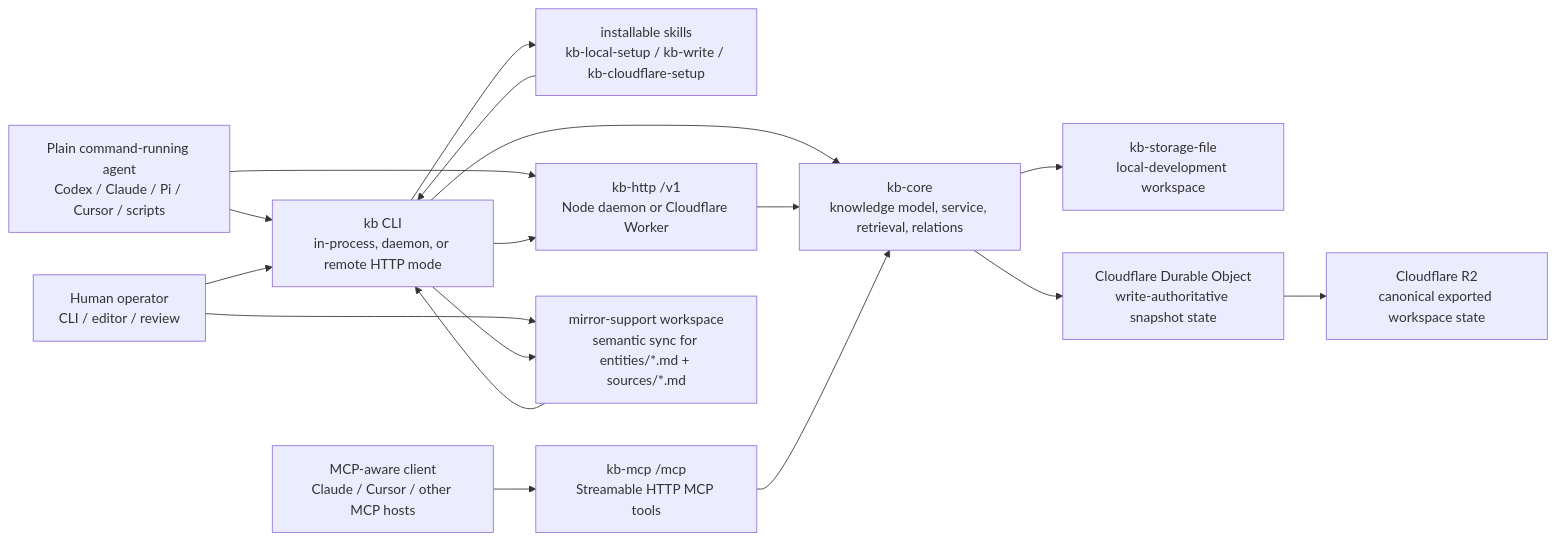
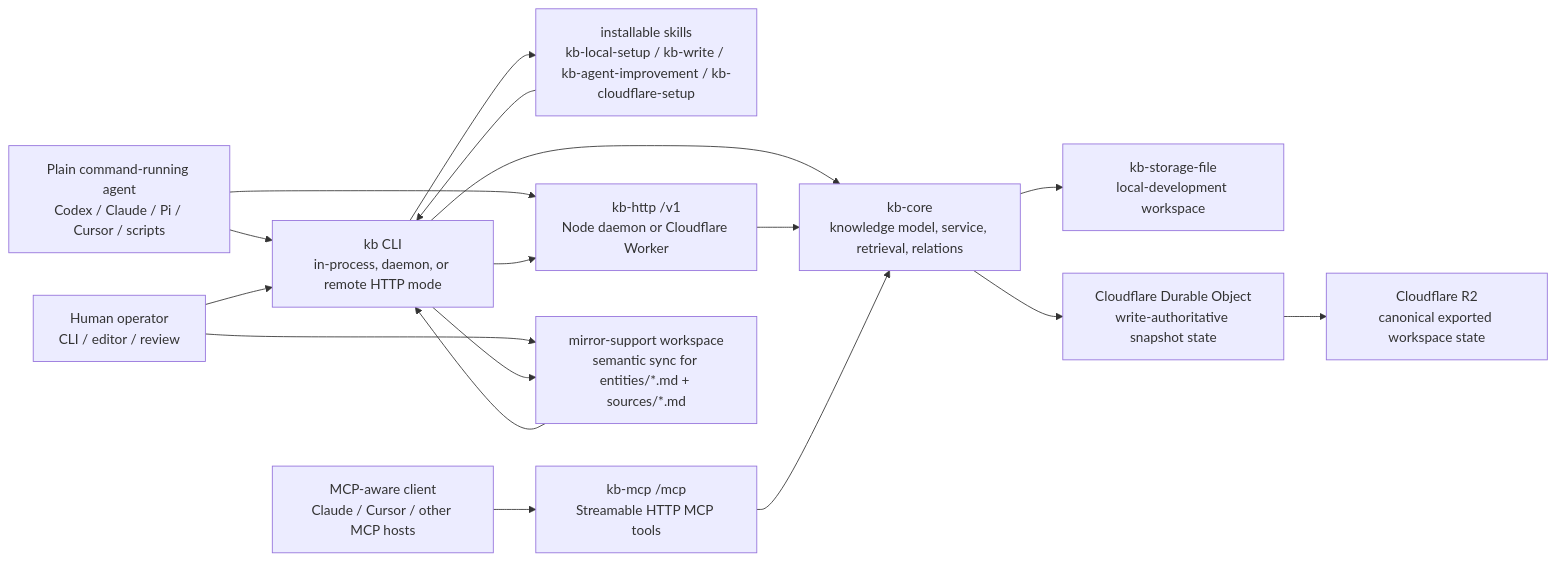
Before and after one commit to emmassist-co/kb: the diagram in README.md, drawn with Mermaid. The commit also changed other lines of this file and 20 other files, not shown here.

Commit message:
feat(kb-cli): add agent improvement recipes

````diff
--- a/README.md
+++ b/README.md
@@ -174,32 +179,32 @@
 ```mermaid
 flowchart LR
   Agent["Plain command-running agent\nCodex / Claude / Pi / Cursor / scripts"]
   McpClient["MCP-aware client\nClaude / Cursor / other MCP hosts"]
   Human["Human operator\nCLI / editor / review"]
   CLI["kb CLI\nin-process, daemon, or remote HTTP mode"]
-  Skills["installable skills\nkb-local-setup / kb-write / kb-cloudflare-setup"]
+  Skills["installable skills\nkb-local-setup / kb-write / kb-agent-improvement / kb-cloudflare-setup"]
   HTTP["kb-http /v1\nNode daemon or Cloudflare Worker"]
   MCP["kb-mcp /mcp\nStreamable HTTP MCP tools"]
   Core["kb-core\nknowledge model, service, retrieval, relations"]
   File["kb-storage-file\nlocal-development workspace"]
   DO["Cloudflare Durable Object\nwrite-authoritative snapshot state"]
   R2["Cloudflare R2\ncanonical exported workspace state"]
   Mirror["mirror-support workspace\nsemantic sync for entities/*.md + sources/*.md"]
 
   Agent --> CLI
   Agent --> HTTP
   McpClient --> MCP
   Human --> CLI
   Human --> Mirror
   CLI --> Skills
   Skills --> CLI
   CLI --> HTTP
   CLI --> Core
   HTTP --> Core
   MCP --> Core
   Core --> File
   Core --> DO
   DO --> R2
   Mirror --> CLI
   CLI --> Mirror
 ```
````
